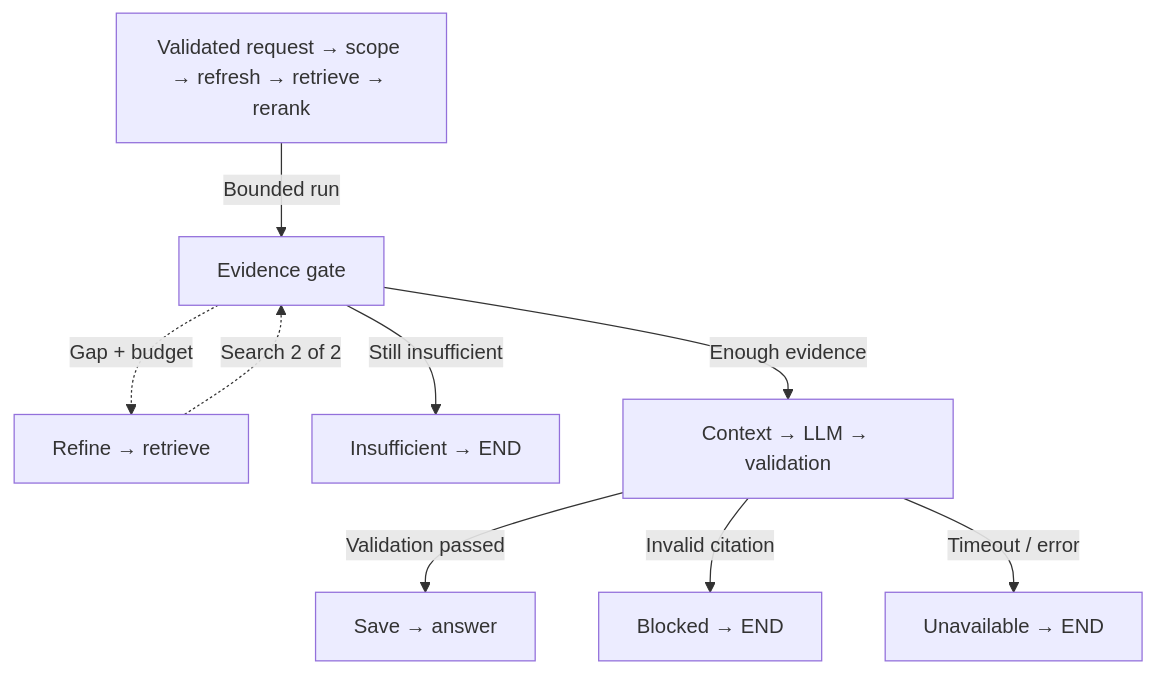
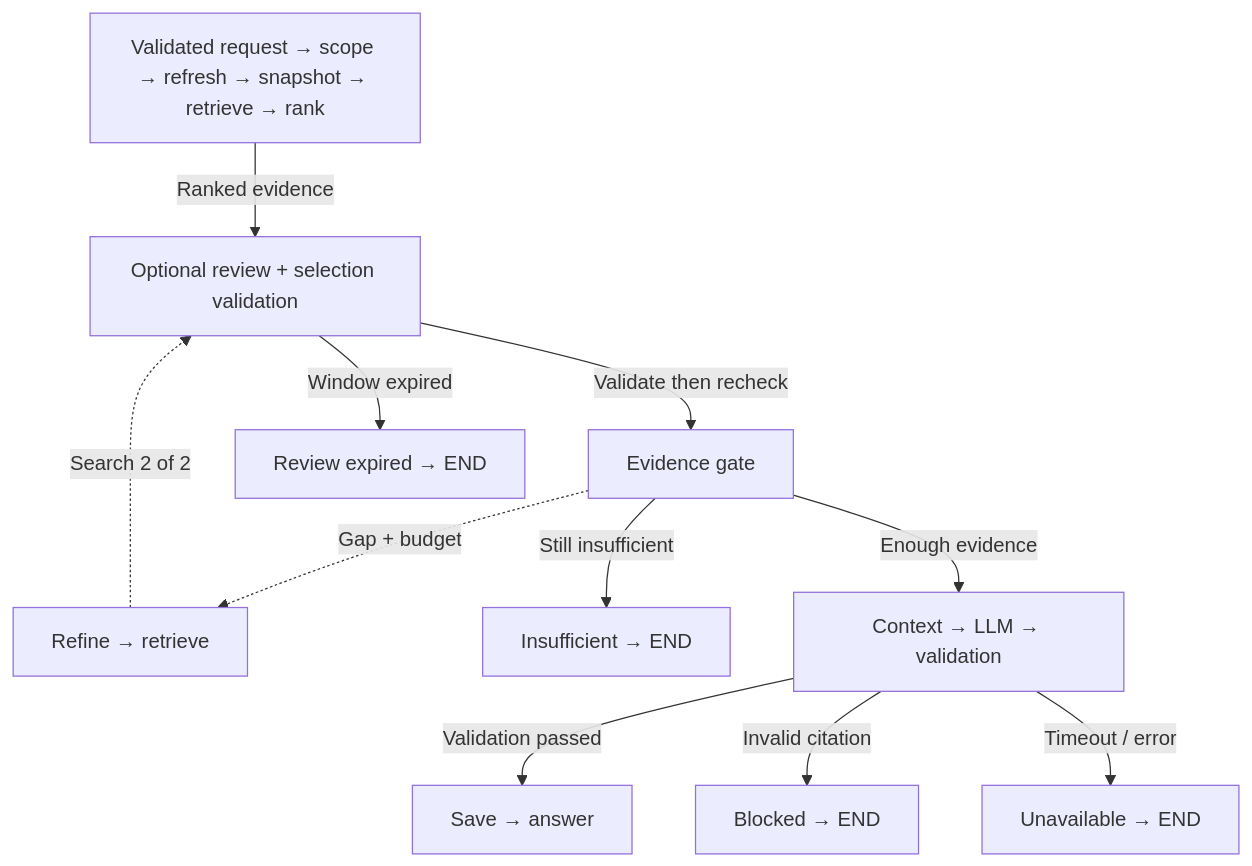
The fifth of 12 diagrams in docs/FINANCE_WORKFLOW_ATLAS.md (ByronHo68/ai-learning-academy), drawn with Mermaid before and after one commit. The commit also changed other lines of this file and 64 other files, not shown here.

Commit message:
Add optional evidence review to stock research workflow and guide

````diff
--- a/docs/FINANCE_WORKFLOW_ATLAS.md
+++ b/docs/FINANCE_WORKFLOW_ATLAS.md
@@ -481,19 +527,23 @@
 ```mermaid
 flowchart TD
-  n0["Validated request → scope → refresh → retrieve → rerank"]
-  n1["Evidence gate"]
-  n2["Refine → retrieve"]
-  n3["Insufficient → END"]
-  n4["Context → LLM → validation"]
-  n5["Save → answer"]
-  n6["Blocked → END"]
-  n7["Unavailable → END"]
-  n0 -- "Bounded run" --> n1
-  n1 -. "Gap + budget" .-> n2
-  n2 -. "Search 2 of 2" .-> n1
-  n1 -- "Still insufficient" --> n3
-  n1 -- "Enough evidence" --> n4
-  n4 -- "Validation passed" --> n5
-  n4 -- "Invalid citation" --> n6
-  n4 -- "Timeout / error" --> n7
+  n0["Validated request → scope → refresh → snapshot → retrieve → rank"]
+  n1["Optional review + selection validation"]
+  n2["Evidence gate"]
+  n3["Review expired → END"]
+  n4["Refine → retrieve"]
+  n5["Insufficient → END"]
+  n6["Context → LLM → validation"]
+  n7["Save → answer"]
+  n8["Blocked → END"]
+  n9["Unavailable → END"]
+  n0 -- "Ranked evidence" --> n1
+  n1 -- "Validate then recheck" --> n2
+  n1 -- "Window expired" --> n3
+  n2 -. "Gap + budget" .-> n4
+  n4 -. "Search 2 of 2" .-> n1
+  n2 -- "Still insufficient" --> n5
+  n2 -- "Enough evidence" --> n6
+  n6 -- "Validation passed" --> n7
+  n6 -- "Invalid citation" --> n8
+  n6 -- "Timeout / error" --> n9
 ```
````
